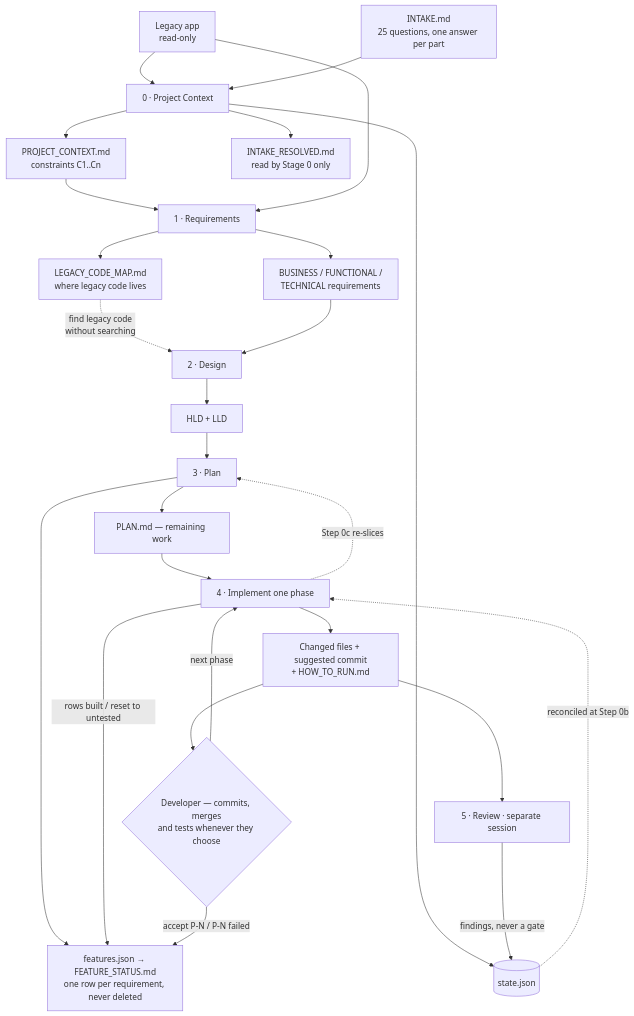
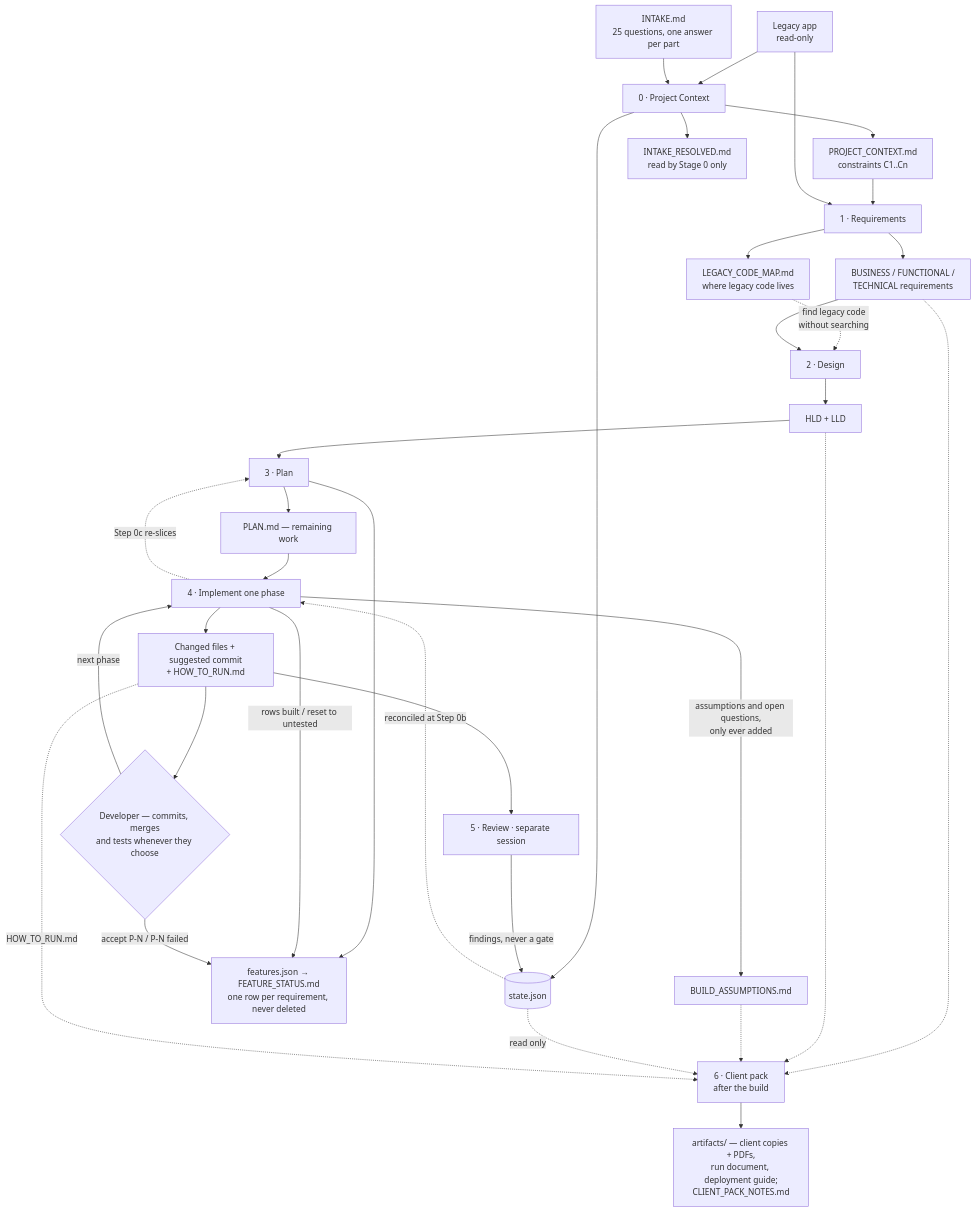
The first of 4 diagrams in docs/DESIGN.md (Mabeesha/AppModernizationHarness), drawn with Mermaid before and after one commit. The commit also changed other lines of this file and 30 other files, not shown here.

````diff
--- a/docs/DESIGN.md
+++ b/docs/DESIGN.md
@@ -49,28 +55,35 @@
 ```mermaid
 flowchart TD
     L[Legacy app<br/>read-only] --> S0
     I[INTAKE.md<br/>25 questions, one answer per part] --> S0[0 · Project Context]
     S0 --> PC[PROJECT_CONTEXT.md<br/>constraints C1..Cn]
     S0 --> ST[(state.json)]
     S0 --> IR[INTAKE_RESOLVED.md<br/>read by Stage 0 only]
     PC --> S1[1 · Requirements]
     L --> S1
     S1 --> REQ[BUSINESS / FUNCTIONAL /<br/>TECHNICAL requirements]
     S1 --> CM[LEGACY_CODE_MAP.md<br/>where legacy code lives]
     CM -.->|find legacy code<br/>without searching| S2
     REQ --> S2[2 · Design]
     S2 --> D[HLD + LLD]
     D --> S3[3 · Plan]
     S3 --> PL[PLAN.md — remaining work]
     S3 --> FS[features.json → FEATURE_STATUS.md<br/>one row per requirement, never deleted]
     PL --> S4[4 · Implement one phase]
     S4 --> HO[Changed files + suggested commit<br/>+ HOW_TO_RUN.md]
     S4 -->|rows built / reset to untested| FS
     HO --> DEV{Developer — commits, merges<br/>and tests whenever they choose}
     DEV -- next phase --> S4
     DEV -- accept P-N / P-N failed --> FS
     S4 -.->|Step 0c re-slices| S3
     HO --> S5[5 · Review · separate session]
     S5 -->|findings, never a gate| ST
     ST -.->|reconciled at Step 0b| S4
+    S4 -->|assumptions and open questions,<br/>only ever added| BA[BUILD_ASSUMPTIONS.md]
+    REQ -.-> S6[6 · Client pack<br/>after the build]
+    D -.-> S6
+    BA -.-> S6
+    ST -.->|read only| S6
+    HO -.->|HOW_TO_RUN.md| S6
+    S6 --> CP[artifacts/ — client copies + PDFs,<br/>run document, deployment guide;<br/>CLIENT_PACK_NOTES.md]
 ```
````
